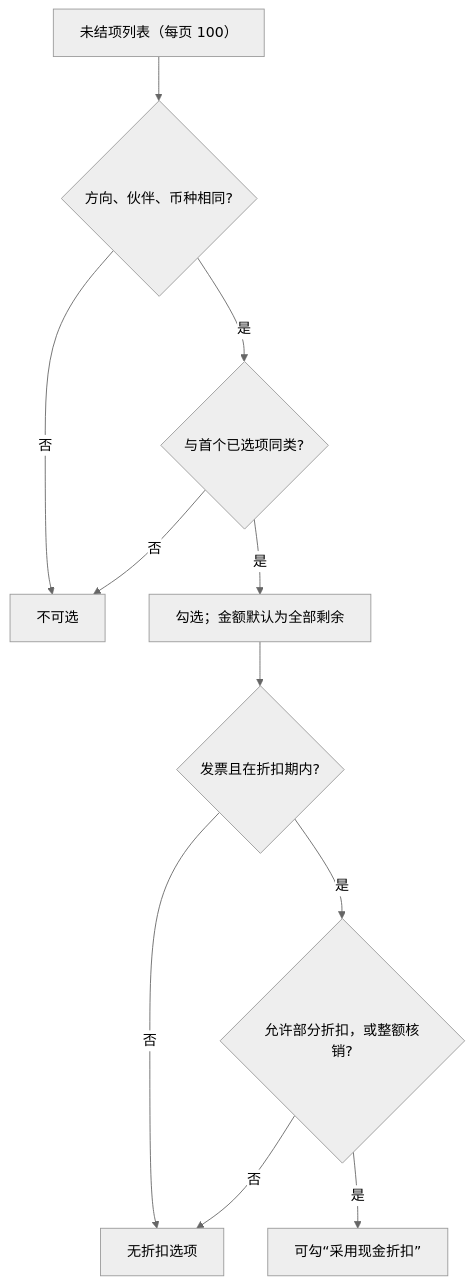
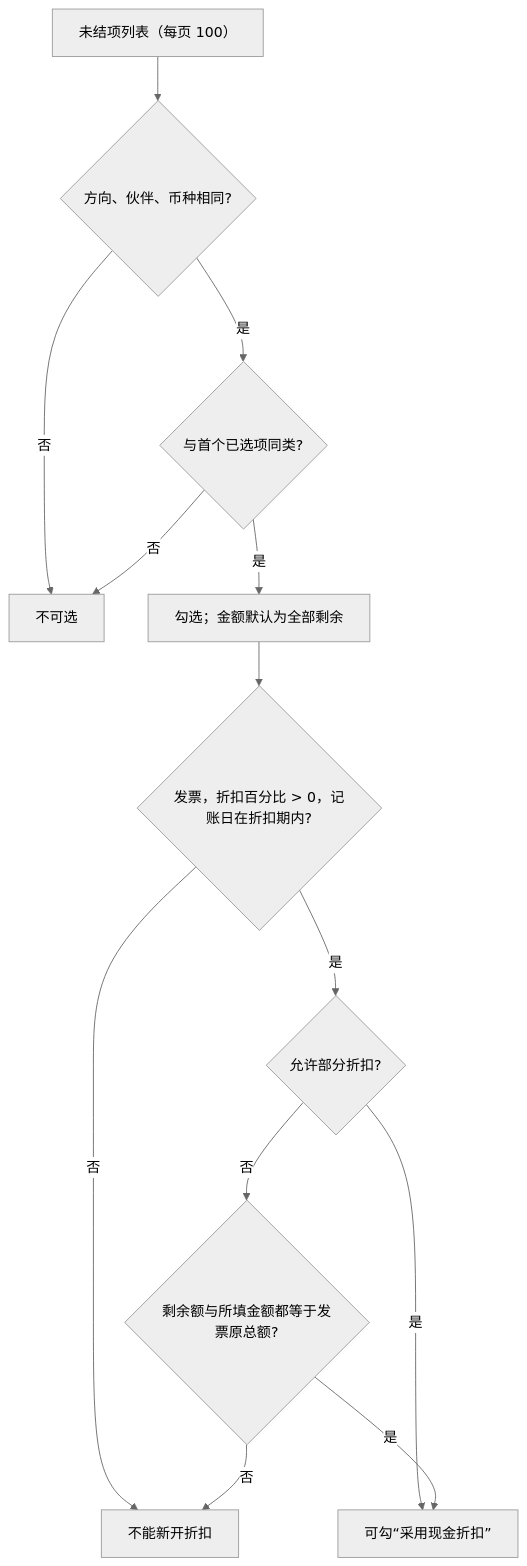
Before and after one commit to lingshf/ai-native-erp: the second of 5 diagrams in docs/flows/settlement-flow.md, drawn with Mermaid (neutral theme). The commit also changed other lines of this file and 2 other files, not shown here.

Commit message:
docs(KDOC-06): align settlement flow with v0.21.0 tag; mark AI usage cell partial

````diff
--- a/docs/flows/settlement-flow.md
+++ b/docs/flows/settlement-flow.md
@@ -30,13 +33,15 @@
 ```mermaid
 flowchart TD
   A["未结项列表（每页 100）"] --> B{"方向、伙伴、币种相同?"}
   B -- 否 --> C["不可选"]
   B -- 是 --> D{"与首个已选项同类?"}
   D -- 否 --> C
   D -- 是 --> E["勾选；金额默认为全部剩余"]
-  E --> F{"发票且在折扣期内?"}
-  F -- 否 --> G["无折扣选项"]
-  F -- 是 --> H{"允许部分折扣，或整额核销?"}
-  H -- 否 --> G
+  E --> F{"发票，折扣百分比 > 0，记账日在折扣期内?"}
+  F -- 否 --> G["不能新开折扣"]
+  F -- 是 --> H{"允许部分折扣?"}
   H -- 是 --> I["可勾“采用现金折扣”"]
+  H -- 否 --> J{"剩余额与所填金额都等于发票原总额?"}
+  J -- 否 --> G
+  J -- 是 --> I
 ```
````
